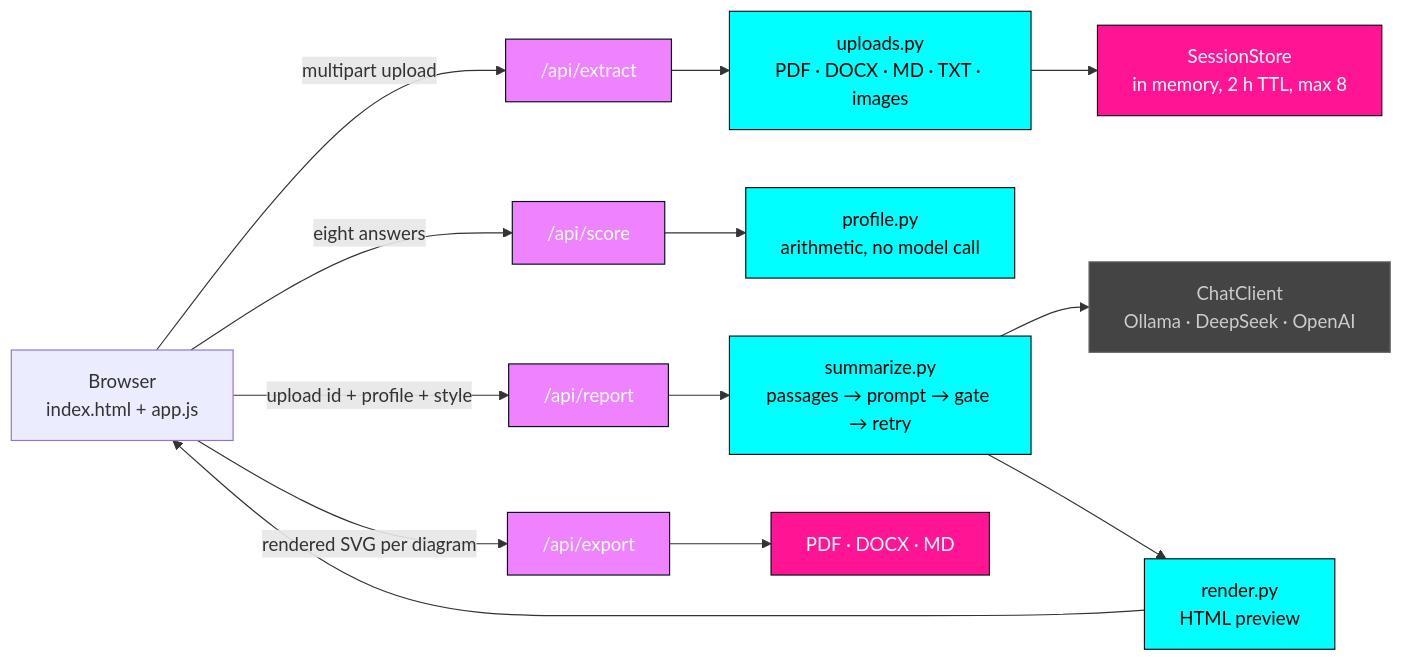
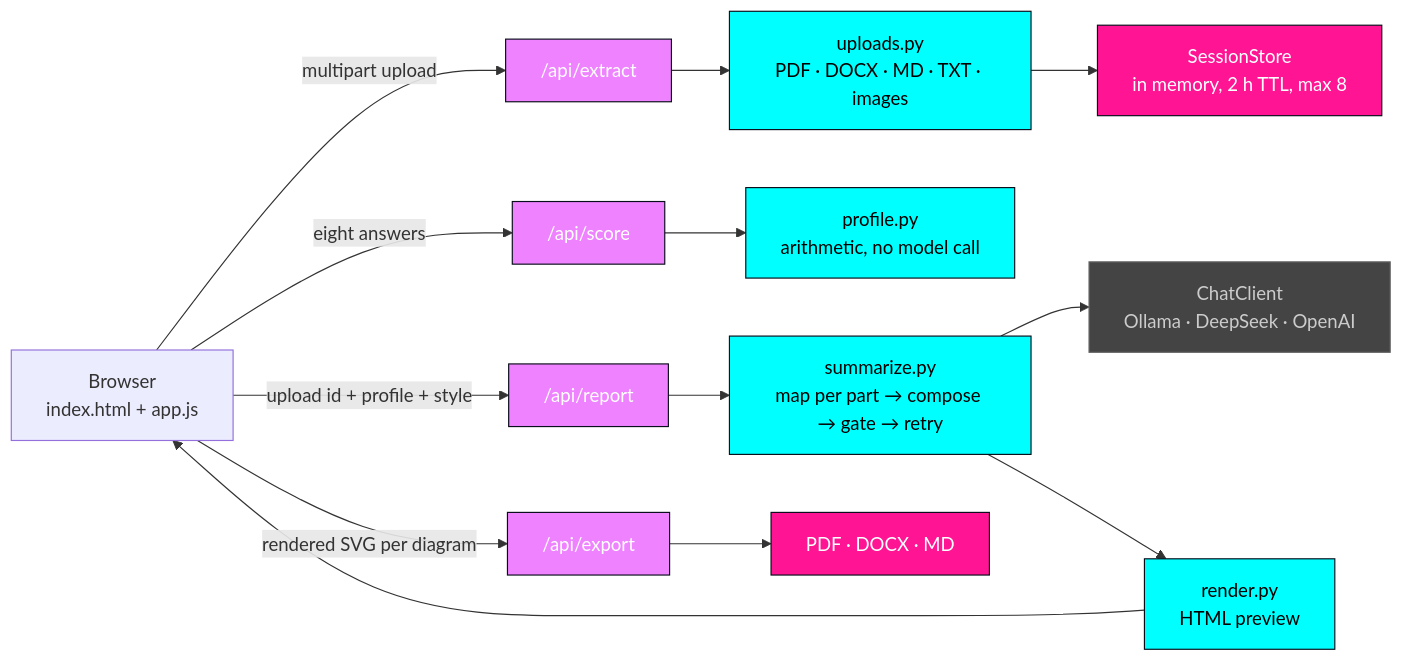
One commit to ZJoker10/vark-check changed the second of 3 diagrams in docs/architecture.md. Above: the diagram before and after it, drawn with Mermaid. The commit also changed other lines of this file and 7 other files, not shown here.

````diff
--- a/docs/architecture.md
+++ b/docs/architecture.md
@@ -201,24 +201,24 @@
 ```mermaid
 flowchart LR
   Browser["Browser<br/>index.html + app.js"] -->|multipart upload| Extract["/api/extract"]
   Extract --> Uploads["uploads.py<br/>PDF · DOCX · MD · TXT · images"]
   Uploads --> Session["SessionStore<br/>in memory, 2 h TTL, max 8"]
   Browser -->|eight answers| Score["/api/score"]
   Score --> Profile["profile.py<br/>arithmetic, no model call"]
   Browser -->|upload id + profile + style| Report["/api/report"]
-  Report --> Summarize["summarize.py<br/>passages → prompt → gate → retry"]
+  Report --> Summarize["summarize.py<br/>map per part → compose → gate → retry"]
   Summarize --> LLM["ChatClient<br/>Ollama · DeepSeek · OpenAI"]
   Summarize --> Render["render.py<br/>HTML preview"]
   Render --> Browser
   Browser -->|rendered SVG per diagram| Export["/api/export"]
   Export --> Files["PDF · DOCX · MD"]
 
   classDef Primary fill:#00ffff,color:#000,stroke:#080d1a
   classDef Gateway fill:#ee82ff,color:#fff,stroke:#080d1a
   classDef DataLayer fill:#ff1493,color:#fff,stroke:#080d1a
   classDef External fill:#444,color:#ccc,stroke:#666
   class Uploads,Summarize,Render,Profile Primary
   class Extract,Score,Report,Export Gateway
   class Session,Files DataLayer
   class LLM External
 ```
````
